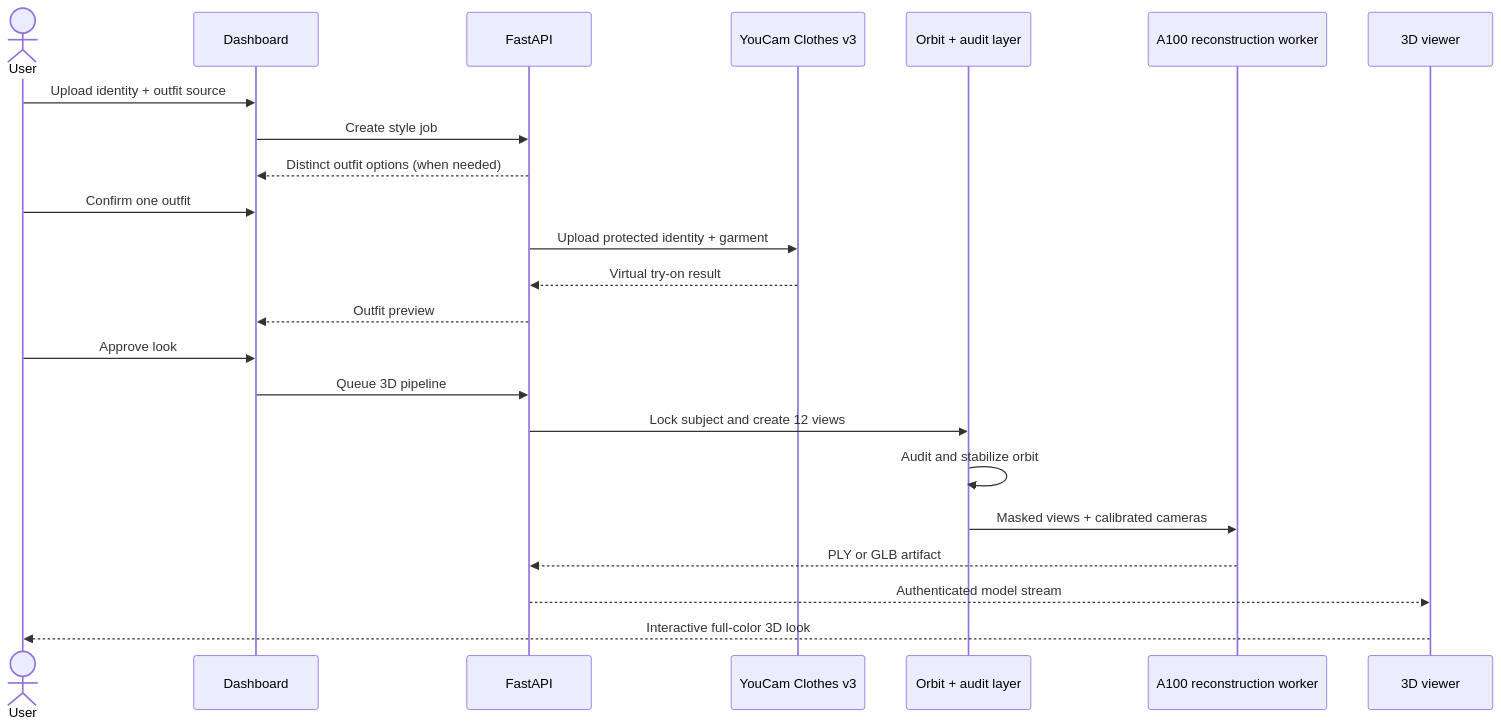
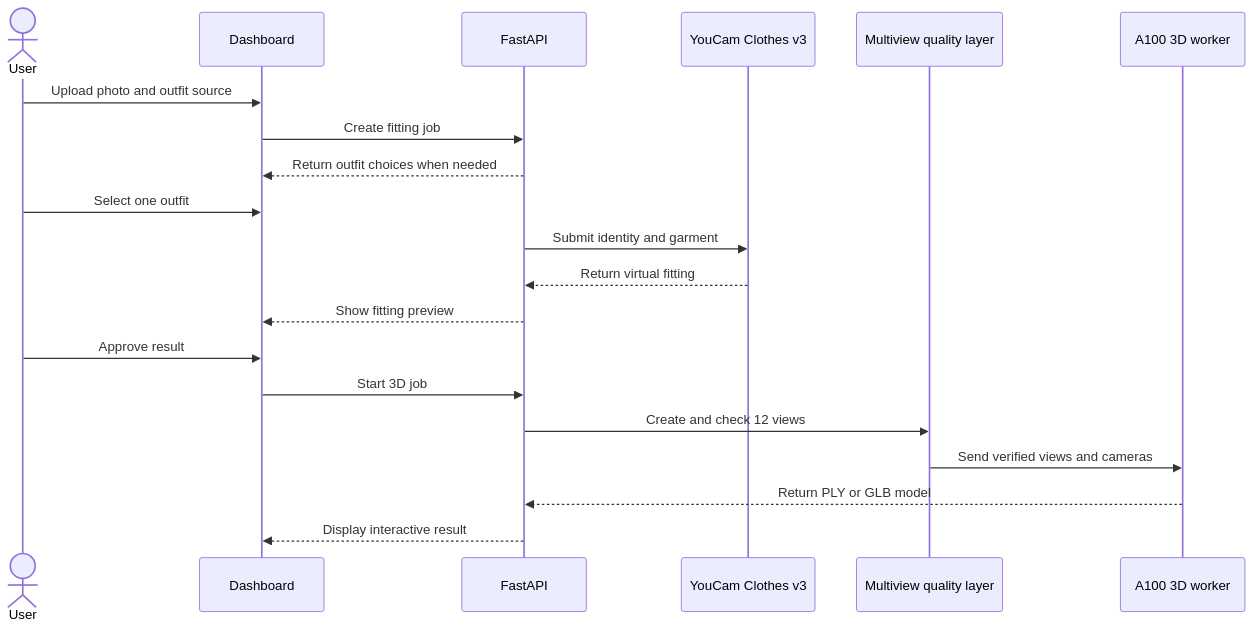
The second of 2 diagrams in README.md (Harry-2005/YouCam-3D), drawn with Mermaid before and after one commit. The commit also changed other lines of this file and 1 other file, not shown here.

Commit message:
docs(readme): explain Parallax and its architecture

````diff
--- a/README.md
+++ b/README.md
@@ -119,26 +121,23 @@
 ```mermaid
 sequenceDiagram
     actor U as User
     participant D as Dashboard
     participant A as FastAPI
     participant Y as YouCam Clothes v3
-    participant O as Orbit + audit layer
-    participant G as A100 reconstruction worker
-    participant V as 3D viewer
+    participant Q as Multiview quality layer
+    participant G as A100 3D worker
 
-    U->>D: Upload identity + outfit source
-    D->>A: Create style job
-    A-->>D: Distinct outfit options (when needed)
-    U->>D: Confirm one outfit
-    A->>Y: Upload protected identity + garment
-    Y-->>A: Virtual try-on result
-    A-->>D: Outfit preview
-    U->>D: Approve look
-    D->>A: Queue 3D pipeline
-    A->>O: Lock subject and create 12 views
-    O->>O: Audit and stabilize orbit
-    O->>G: Masked views + calibrated cameras
-    G-->>A: PLY or GLB artifact
-    A-->>V: Authenticated model stream
-    V-->>U: Interactive full-color 3D look
+    U->>D: Upload photo and outfit source
+    D->>A: Create fitting job
+    A-->>D: Return outfit choices when needed
+    U->>D: Select one outfit
+    A->>Y: Submit identity and garment
+    Y-->>A: Return virtual fitting
+    A-->>D: Show fitting preview
+    U->>D: Approve result
+    D->>A: Start 3D job
+    A->>Q: Create and check 12 views
+    Q->>G: Send verified views and cameras
+    G-->>A: Return PLY or GLB model
+    A-->>D: Display interactive result
 ```
````
